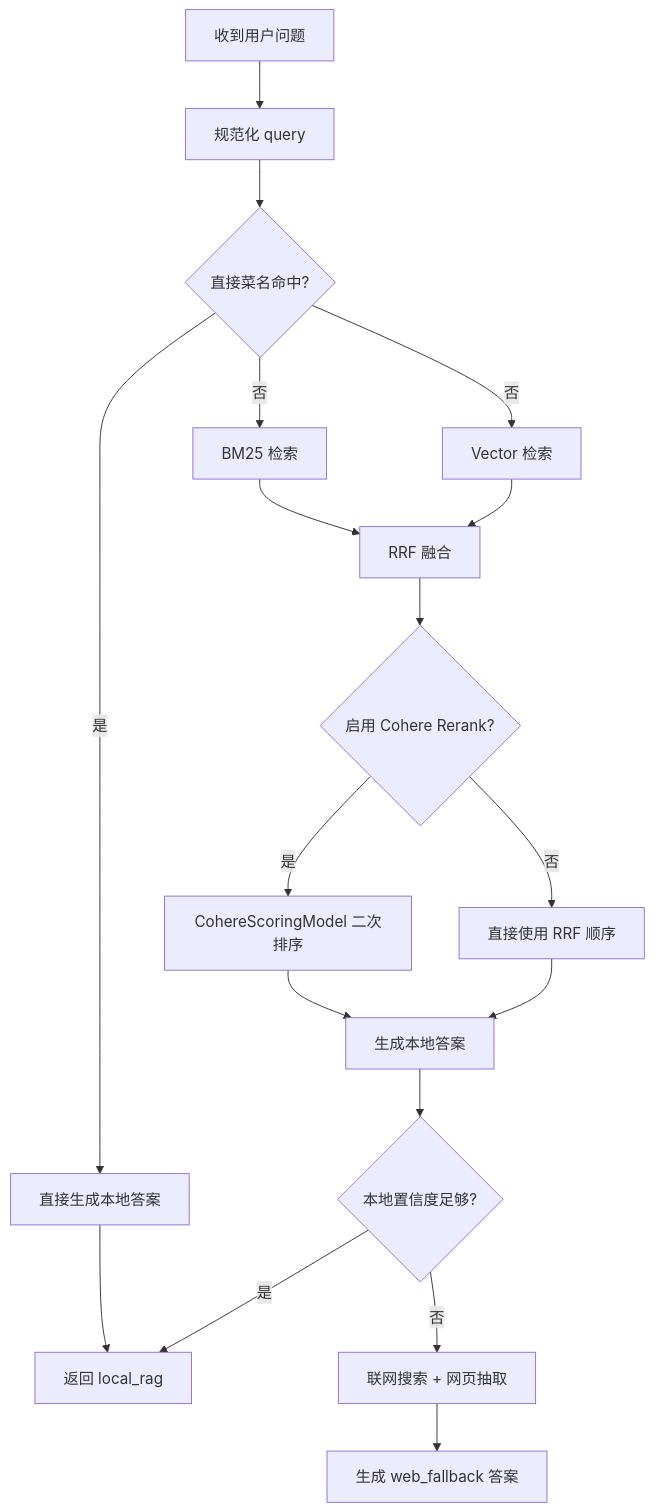
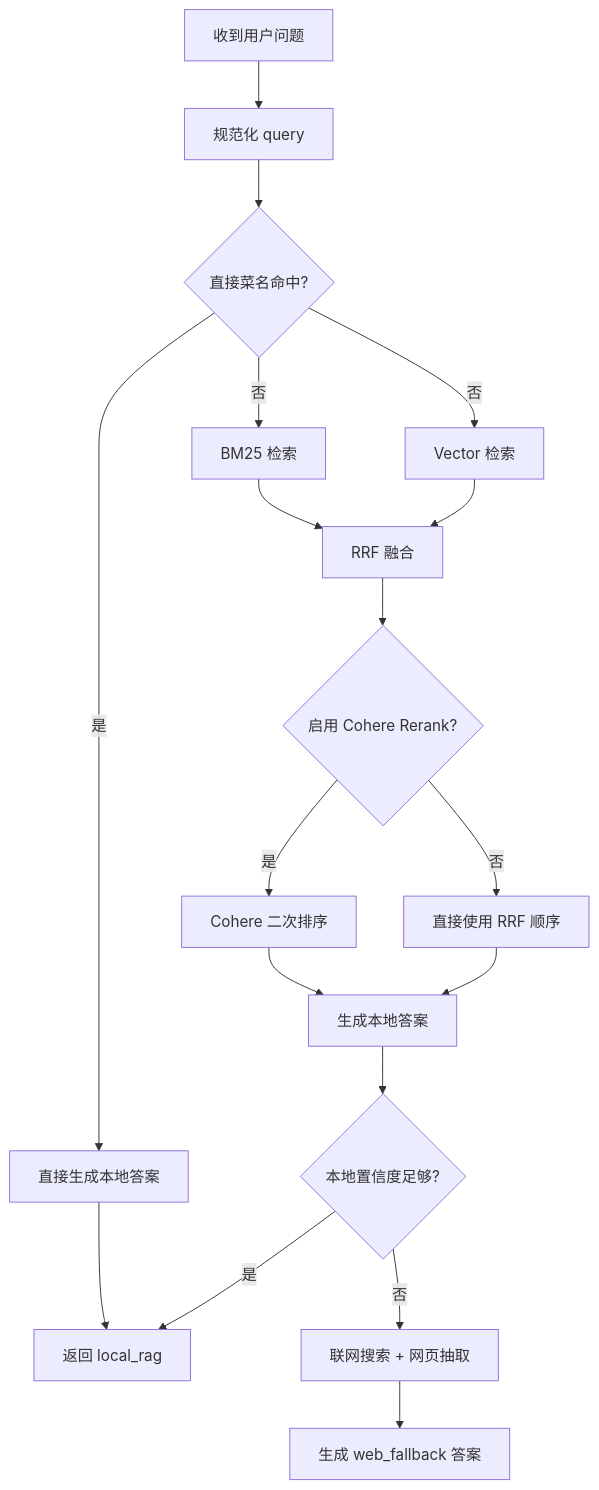
One commit to zefengqiu1/xiachufang changed the second of 2 diagrams in README.md. Above: the diagram before and after it, drawn with Mermaid. The commit also changed other lines of this file and 6 other files, not shown here.

````diff
--- a/README.md
+++ b/README.md
@@ -88,20 +476,20 @@
 ```mermaid
 flowchart TD
     A[收到用户问题] --> B[规范化 query]
     B --> C{直接菜名命中?}
     C -->|是| D[直接生成本地答案]
     C -->|否| E[BM25 检索]
     C -->|否| F[Vector 检索]
     E --> G[RRF 融合]
     F --> G
     G --> H{启用 Cohere Rerank?}
-    H -->|是| I[CohereScoringModel 二次排序]
+    H -->|是| I[Cohere 二次排序]
     H -->|否| J[直接使用 RRF 顺序]
     I --> K[生成本地答案]
     J --> K
     K --> L{本地置信度足够?}
     L -->|是| M[返回 local_rag]
     L -->|否| N[联网搜索 + 网页抽取]
     N --> O[生成 web_fallback 答案]
     D --> M
 ```
````
